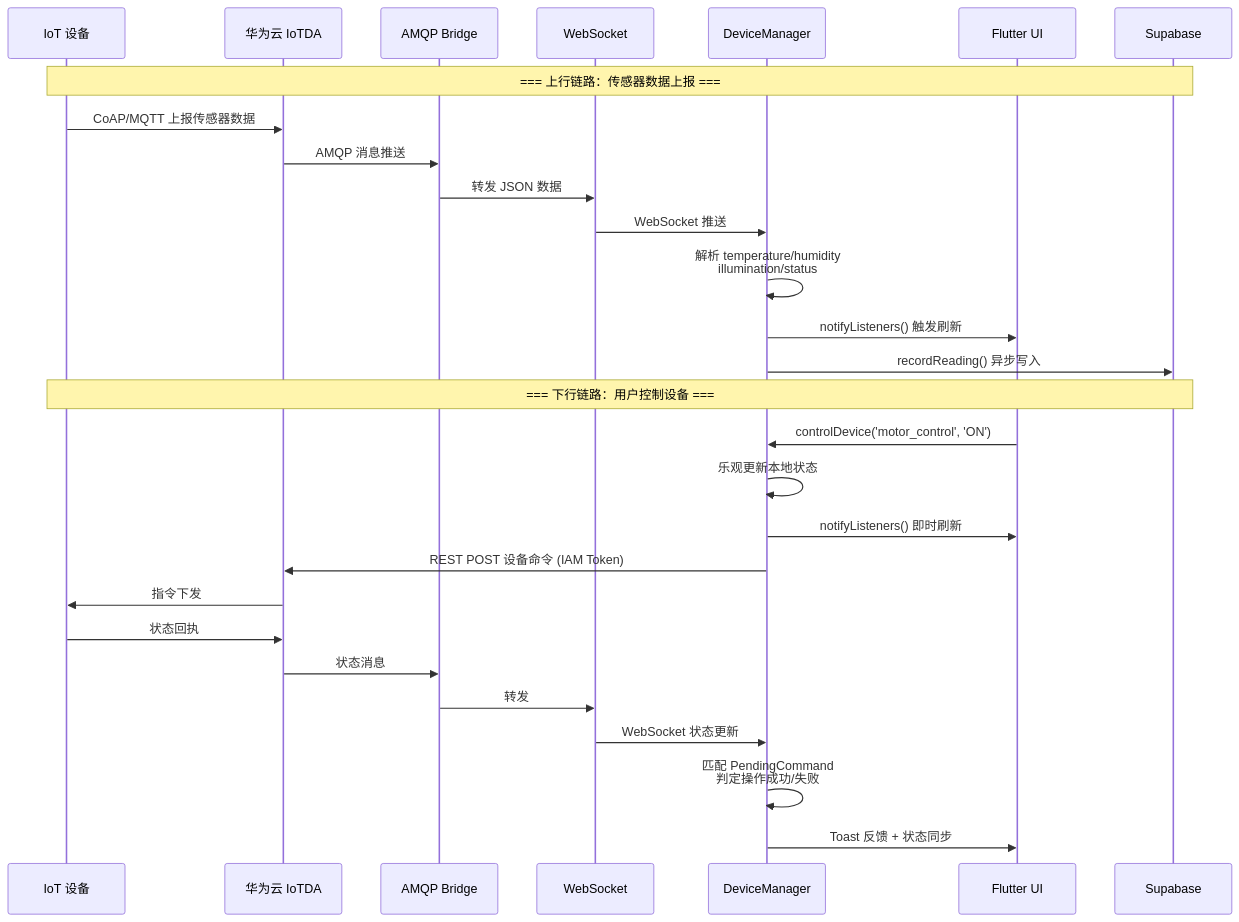
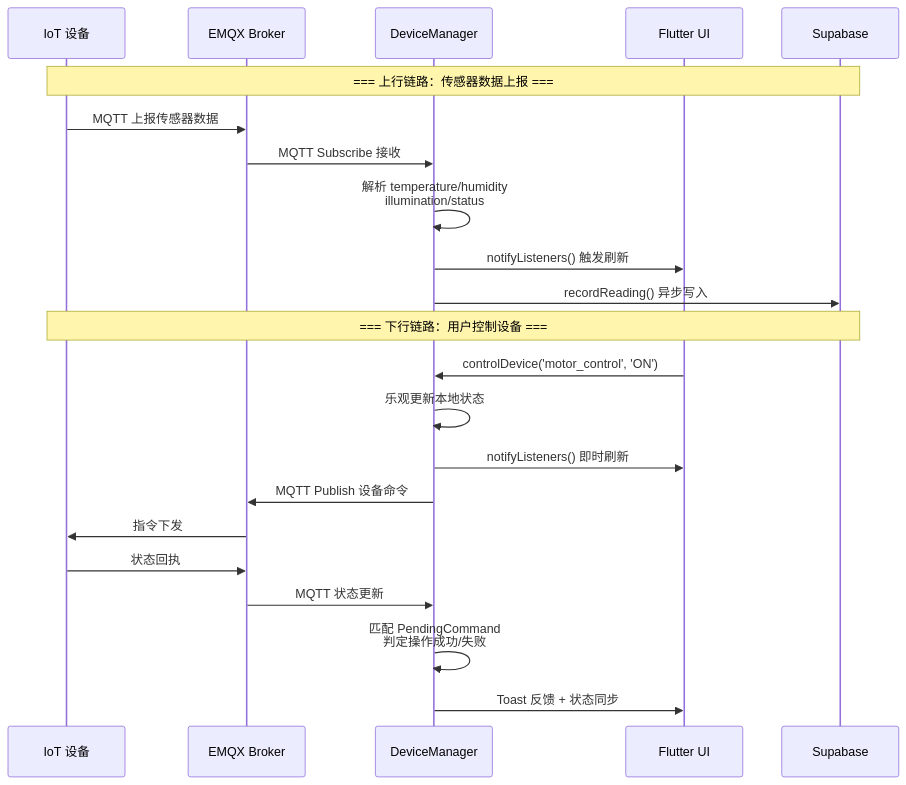
The second of 3 diagrams in README.md (42419/smartfarm_flutter), drawn with Mermaid before and after one commit. The commit also changed other lines of this file, not shown here.

````diff
--- a/README.md
+++ b/README.md
@@ -148,34 +139,28 @@
 ```mermaid
 sequenceDiagram
     participant D as  IoT 设备
-    participant IoTDA as  华为云 IoTDA
-    participant AMQP as  AMQP Bridge
-    participant WS as  WebSocket
+    participant EMQX as  EMQX Broker
     participant DM as  DeviceManager
     participant UI as  Flutter UI
     participant SB as  Supabase
 
     Note over D,SB: === 上行链路：传感器数据上报 ===
 
-    D->>IoTDA: CoAP/MQTT 上报传感器数据
-    IoTDA->>AMQP: AMQP 消息推送
-    AMQP->>WS: 转发 JSON 数据
-    WS->>DM: WebSocket 推送
+    D->>EMQX: MQTT 上报传感器数据
+    EMQX->>DM: MQTT Subscribe 接收
     DM->>DM: 解析 temperature/humidity<br/>illumination/status
     DM->>UI: notifyListeners() 触发刷新
     DM->>SB: recordReading() 异步写入
 
     Note over D,SB: === 下行链路：用户控制设备 ===
 
     UI->>DM: controlDevice('motor_control', 'ON')
     DM->>DM: 乐观更新本地状态
     DM->>UI: notifyListeners() 即时刷新
-    DM->>IoTDA: REST POST 设备命令 (IAM Token)
-    IoTDA->>D: 指令下发
-    D->>IoTDA: 状态回执
-    IoTDA->>AMQP: 状态消息
-    AMQP->>WS: 转发
-    WS->>DM: WebSocket 状态更新
+    DM->>EMQX: MQTT Publish 设备命令
+    EMQX->>D: 指令下发
+    D->>EMQX: 状态回执
+    EMQX->>DM: MQTT 状态更新
     DM->>DM: 匹配 PendingCommand<br/>判定操作成功/失败
     DM->>UI: Toast 反馈 + 状态同步
 ```
````
